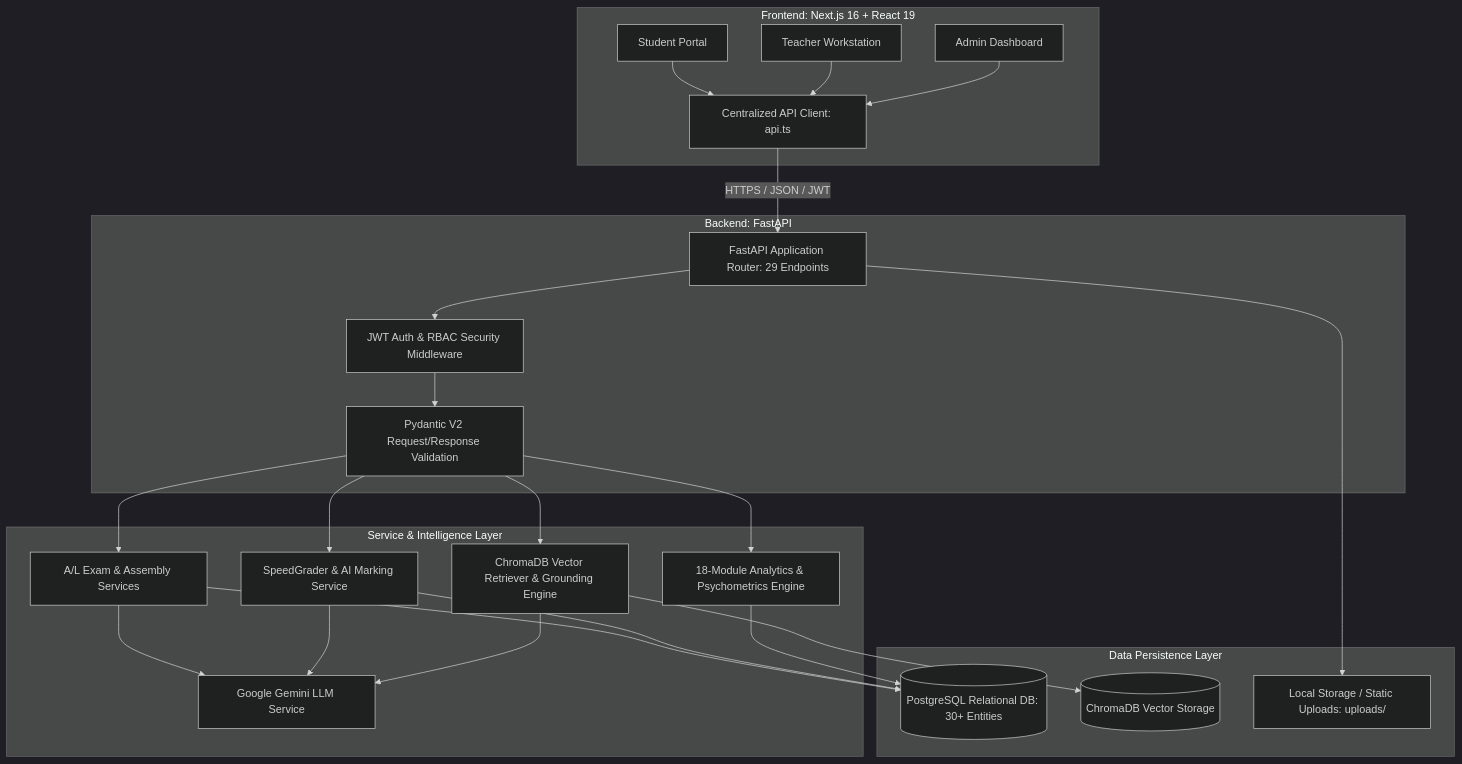
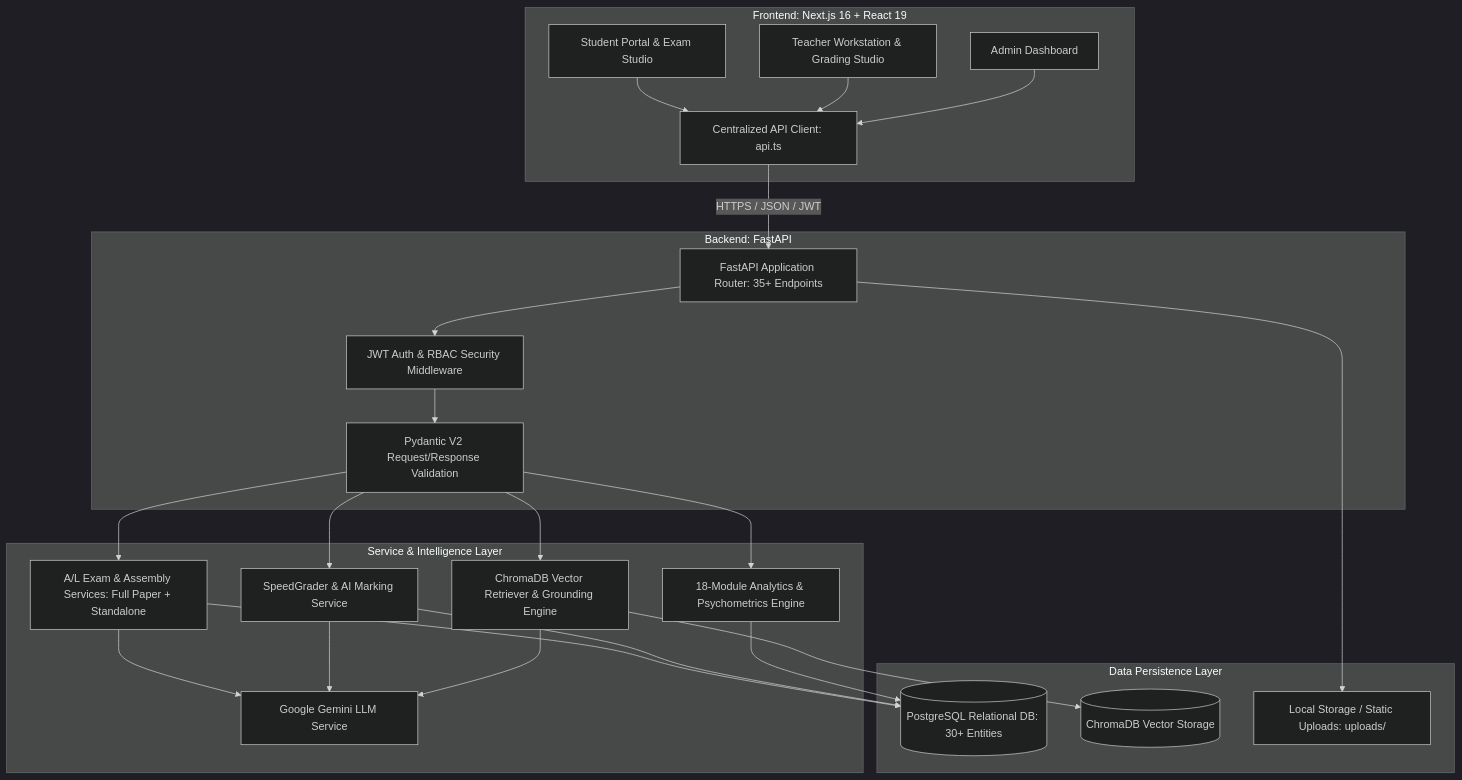
The second of 2 diagrams in technical-documentation/00_SYSTEM_OVERVIEW.md (dazai2003/lumora_LMS), drawn with Mermaid (dark theme) before and after one commit. The commit also changed other lines of this file and 261 other files, not shown here.

Commit message:
feat(exams): resolve Full Paper teacher grading studio rendering, exclude unsubmitted retries, enhance attempt lifecycle and update master technical documentation

````diff
--- a/technical-documentation/00_SYSTEM_OVERVIEW.md
+++ b/technical-documentation/00_SYSTEM_OVERVIEW.md
@@ -75,51 +81,51 @@
 ```mermaid
 graph TB
     subgraph Presentation Layer [Frontend: Next.js 16 + React 19]
-        StudentUI[Student Portal]
-        TeacherUI[Teacher Workstation]
+        StudentUI[Student Portal & Exam Studio]
+        TeacherUI[Teacher Workstation & Grading Studio]
         AdminUI[Admin Dashboard]
         APIClient[Centralized API Client: api.ts]
     end
 
     subgraph Application & Security Layer [Backend: FastAPI]
-        Router[FastAPI Application Router: 29 Endpoints]
+        Router[FastAPI Application Router: 35+ Endpoints]
         AuthGuard[JWT Auth & RBAC Security Middleware]
         ValidationLayer[Pydantic V2 Request/Response Validation]
     end
 
     subgraph Service & Intelligence Layer
-        ExamEngine[A/L Exam & Assembly Services]
+        ExamEngine[A/L Exam & Assembly Services: Full Paper + Standalone]
         GradingService[SpeedGrader & AI Marking Service]
         AnalyticsEngine[18-Module Analytics & Psychometrics Engine]
         RAGPipeline[ChromaDB Vector Retriever & Grounding Engine]
         AIService[Google Gemini LLM Service]
     end
 
     subgraph Data Persistence Layer
         Postgres[(PostgreSQL Relational DB: 30+ Entities)]
         ChromaStore[(ChromaDB Vector Storage)]
         FileStore[Local Storage / Static Uploads: uploads/]
     end
 
     StudentUI --> APIClient
     TeacherUI --> APIClient
     AdminUI --> APIClient
     APIClient -->|HTTPS / JSON / JWT| Router
 
     Router --> AuthGuard
     AuthGuard --> ValidationLayer
     ValidationLayer --> ExamEngine
     ValidationLayer --> GradingService
     ValidationLayer --> AnalyticsEngine
     ValidationLayer --> RAGPipeline
 
     ExamEngine --> AIService
     GradingService --> AIService
     RAGPipeline --> AIService
     RAGPipeline --> ChromaStore
 
     ExamEngine --> Postgres
     GradingService --> Postgres
     AnalyticsEngine --> Postgres
     Router --> FileStore
 ```
````
